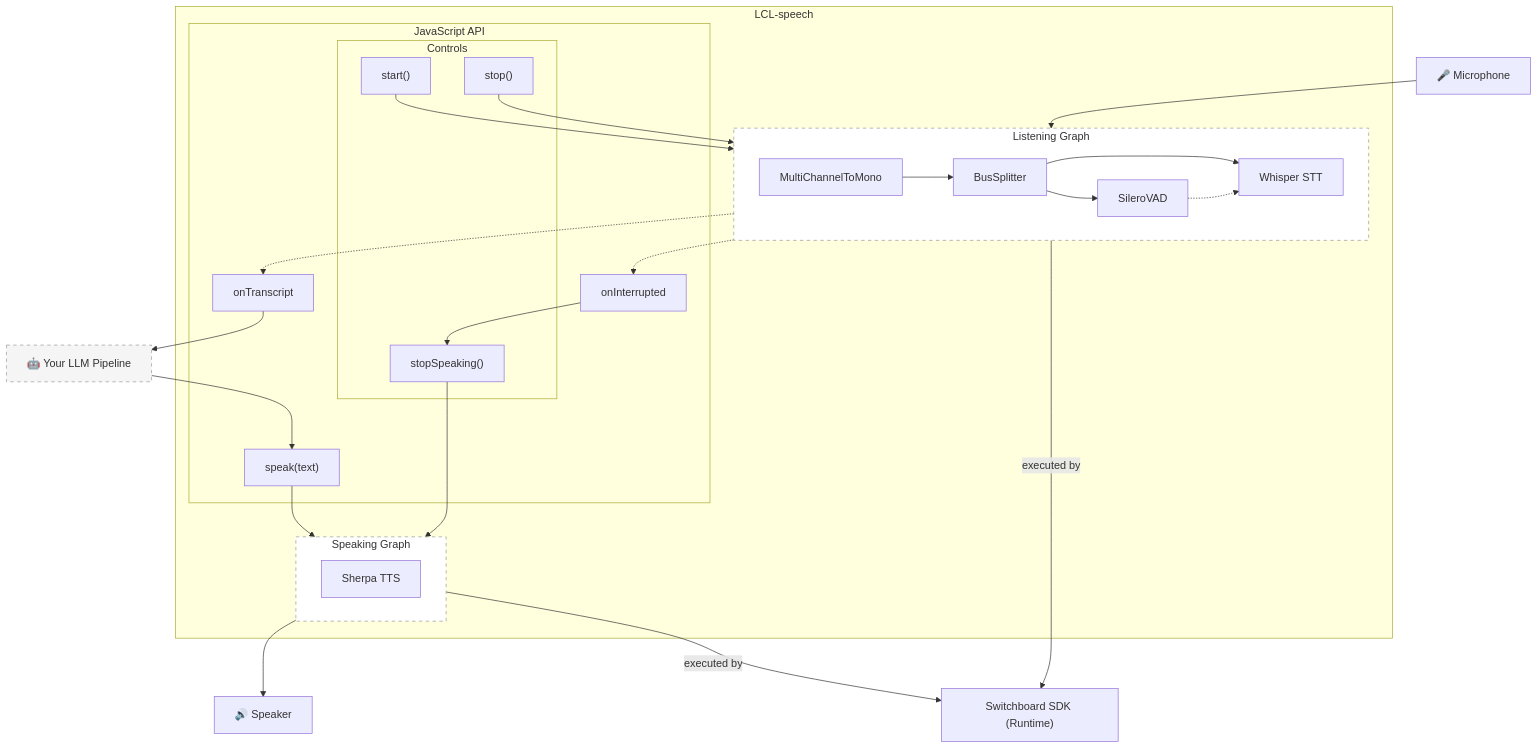
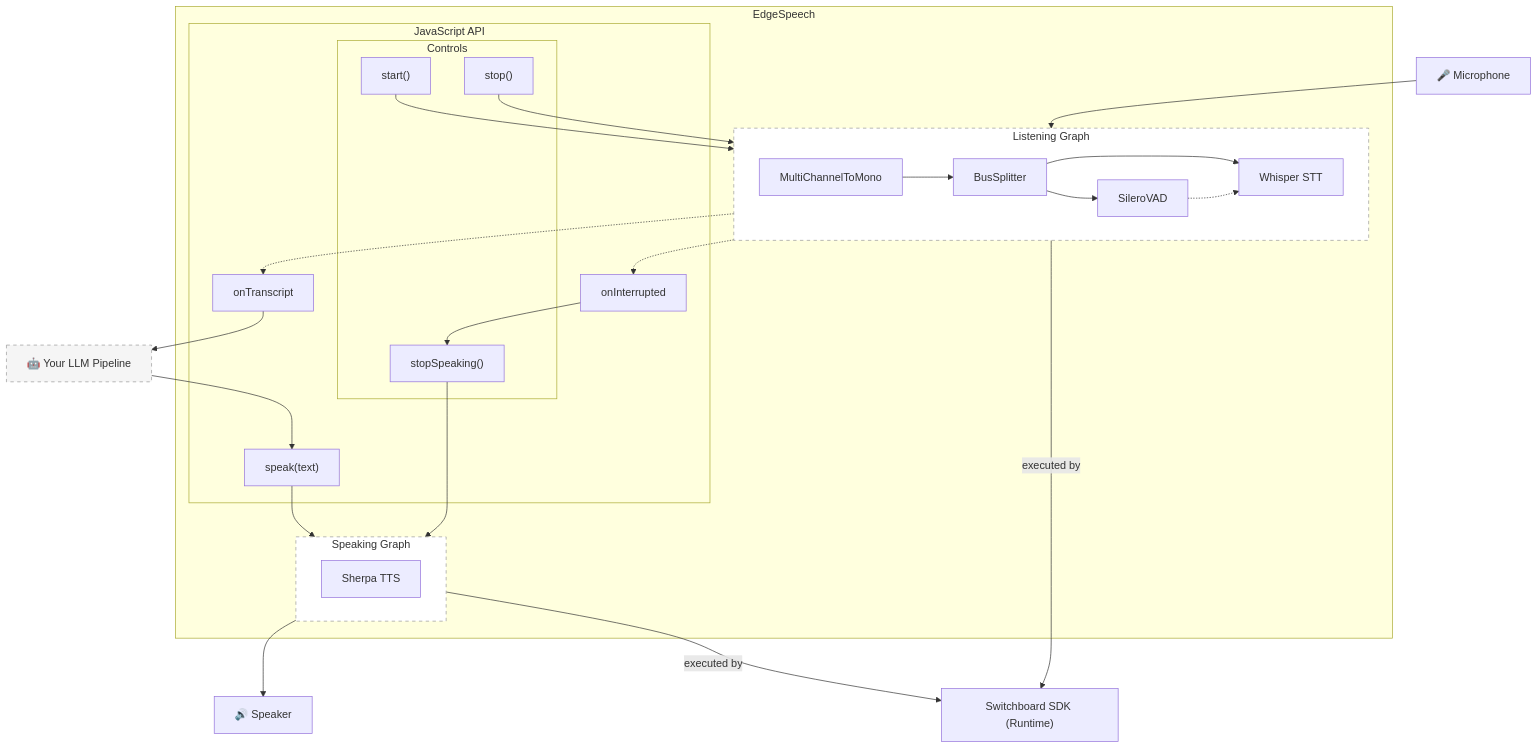
The diagram in README.md (switchboard-sdk/EdgeSpeech), drawn with Mermaid before and after one commit. The commit also changed other lines of this file and 13 other files, not shown here.

````diff
--- a/README.md
+++ b/README.md
@@ -223,55 +223,55 @@
 ```mermaid
 flowchart TB
     mic["🎤 Microphone"]
     spk["🔊 Speaker"]
 
-    subgraph Engines["LCL-speech"]
+    subgraph Engines["EdgeSpeech"]
         subgraph JS["JavaScript API"]
             subgraph Controls["Controls"]
                 start["start()"]
                 stop["stop()"]
                 stopSpeaking["stopSpeaking()"]
             end
             speak["speak(text)"]
             onTranscript["onTranscript"]
             onInterrupted["onInterrupted"]
         end
         subgraph ListenGraph["Listening Graph"]
             direction LR
             MCtoMono["MultiChannelToMono"] --> Split["BusSplitter"]
             Split --> VAD["SileroVAD"]
             Split --> STT["Whisper STT"]
             VAD -.-> STT
         end
 
         subgraph SpeakingGraph["Speaking Graph"]
             TTS["Sherpa TTS"]
         end
     end
 
     SDK["Switchboard SDK (Runtime)"]
 
     mic --> ListenGraph
     SpeakingGraph --> spk
     ListenGraph -- "executed by" --> SDK
     SpeakingGraph -- "executed by" --> SDK
 
     start --> ListenGraph
     stop --> ListenGraph
     speak --> SpeakingGraph
     stopSpeaking --> SpeakingGraph
 
     STT -.-> onTranscript
     ListenGraph -.-> onInterrupted
     onInterrupted --> stopSpeaking
 
     onTranscript --> LLM
     LLM --> speak
 
     LLM["🤖 Your LLM Pipeline"]:::external
 
     classDef external fill:#f5f5f5,stroke:#999,stroke-dasharray: 5 5
 
     style ListenGraph fill:#fff,stroke:#999,stroke-dasharray: 5 5
     style SpeakingGraph fill:#fff,stroke:#999,stroke-dasharray: 5 5
 ```
````
